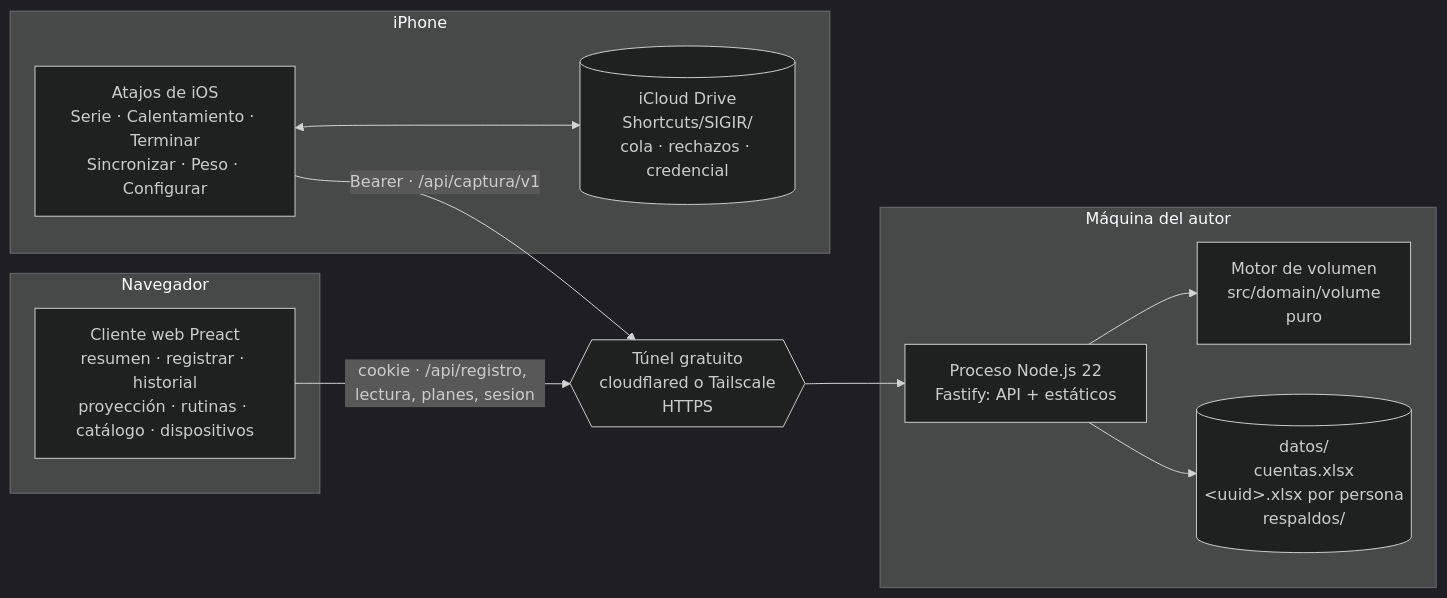
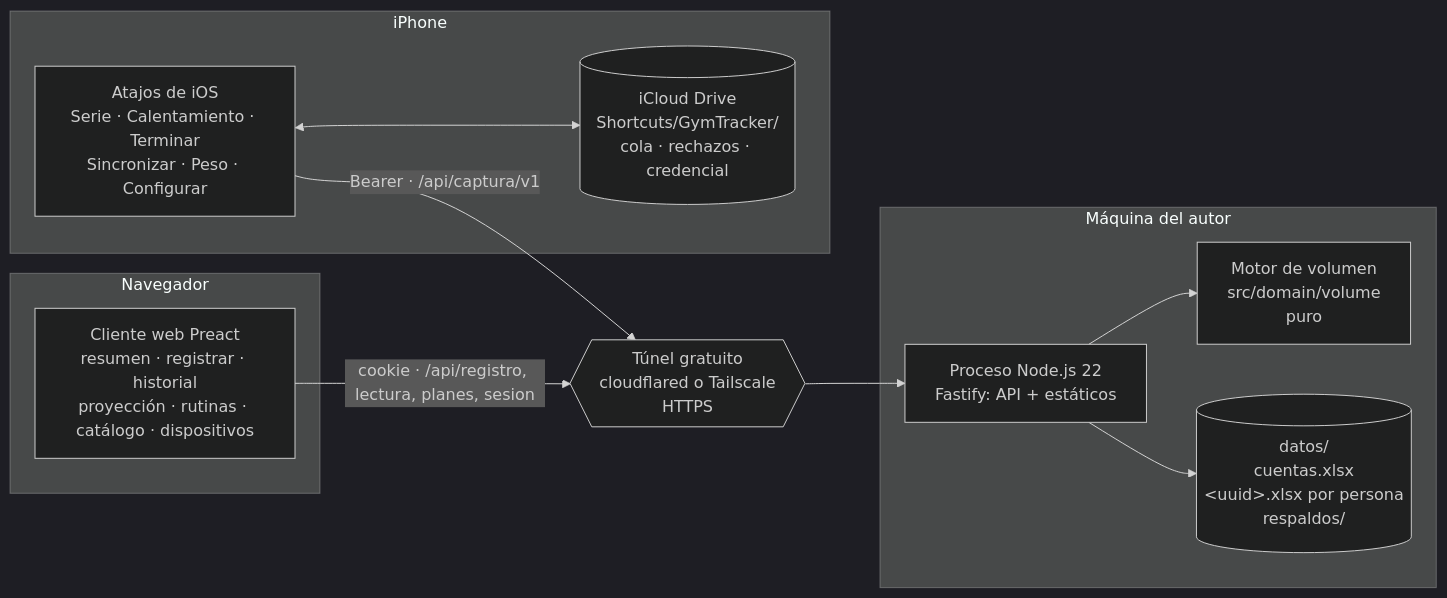
Before and after one commit to SalvadorRGDev/GymTracker: the first of 3 diagrams in Plan.md, drawn with Mermaid (dark theme). The commit also changed other lines of this file and 34 other files, not shown here.

First line of the commit message:
El proyecto pasa a llamarse GymTracker; licencia MIT

````diff
--- a/Plan.md
+++ b/Plan.md
@@ -390,22 +391,22 @@
 ```mermaid
 flowchart LR
     subgraph iPhone
         A[Atajos de iOS<br/>Serie · Calentamiento · Terminar<br/>Sincronizar · Peso · Configurar]
-        Q[(iCloud Drive<br/>Shortcuts/SIGIR/<br/>cola · rechazos · credencial)]
+        Q[(iCloud Drive<br/>Shortcuts/GymTracker/<br/>cola · rechazos · credencial)]
         A <--> Q
     end
     subgraph Navegador
         W[Cliente web Preact<br/>resumen · registrar · historial<br/>proyección · rutinas · catálogo · dispositivos]
     end
     T{{Túnel gratuito<br/>cloudflared o Tailscale<br/>HTTPS}}
     subgraph Máquina del autor
         S[Proceso Node.js 22<br/>Fastify: API + estáticos]
         M[Motor de volumen<br/>src/domain/volume<br/>puro]
         D[(datos/<br/>cuentas.xlsx<br/>&lt;uuid&gt;.xlsx por persona<br/>respaldos/)]
         S --> M
         S --> D
     end
     A -- "Bearer · /api/captura/v1" --> T
     W -- "cookie · /api/registro, lectura, planes, sesion" --> T
     T --> S
 ```
````
